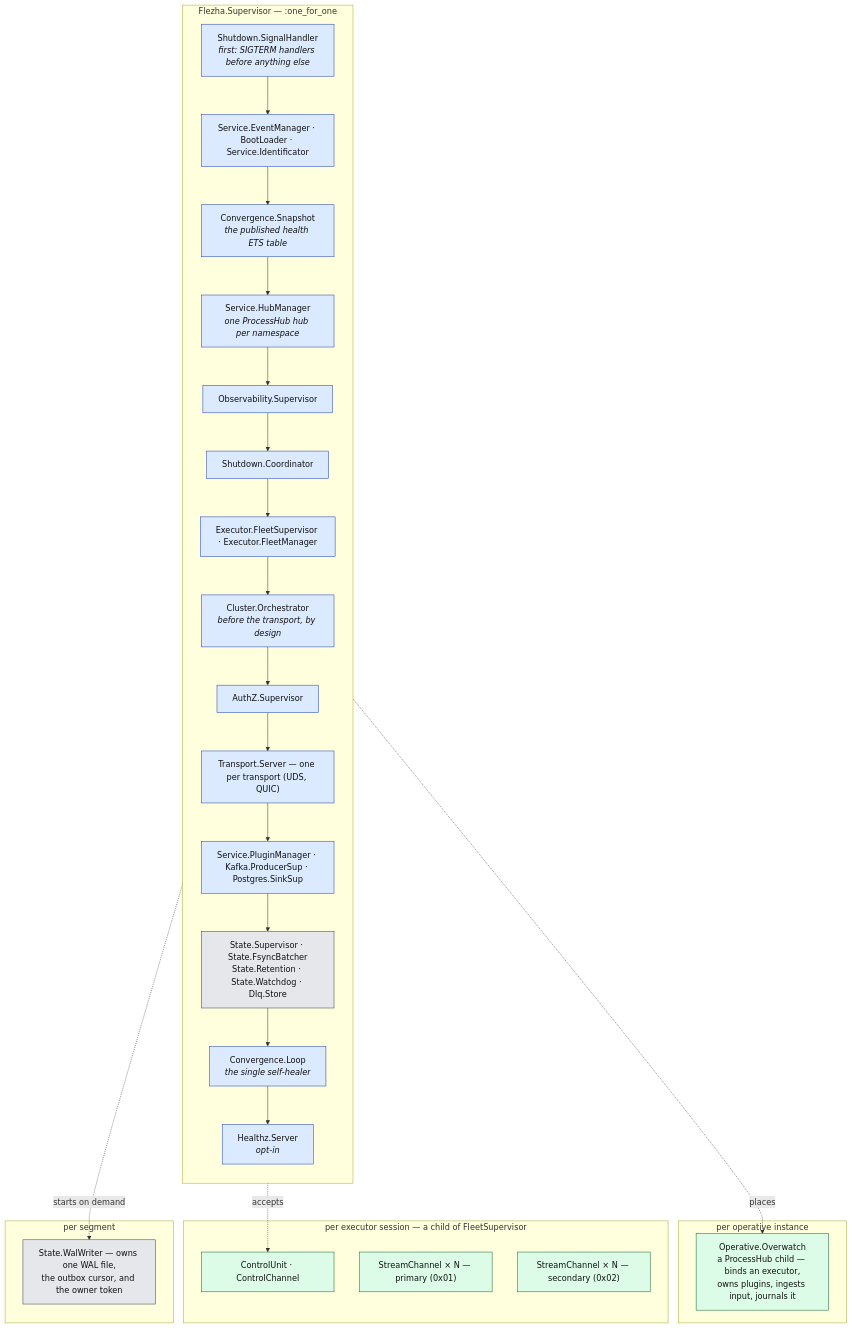
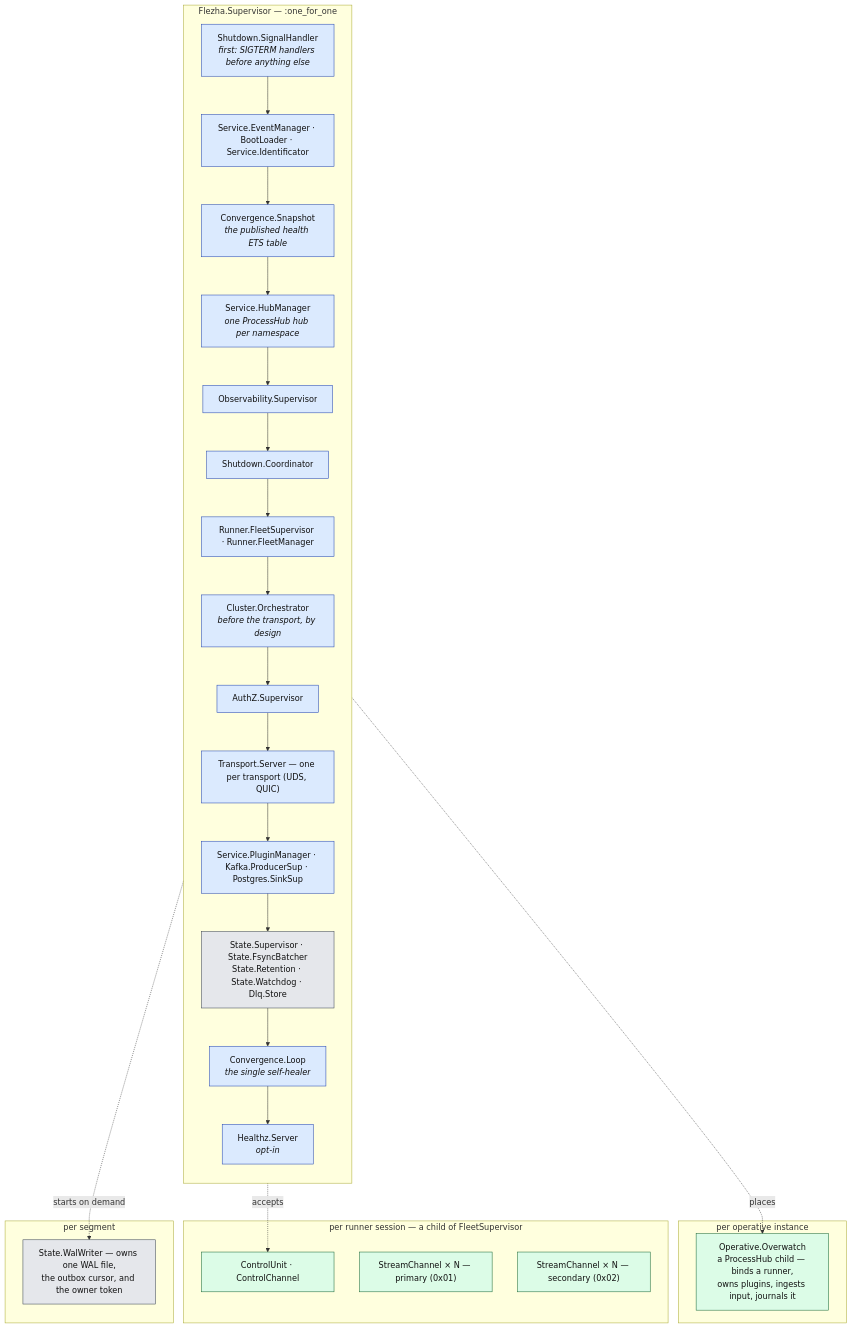
One commit to Flezha/flezha changed the fourth of 7 diagrams in docs/architecture/README.md. Above: the diagram before and after it, drawn with Mermaid. The commit also changed other lines of this file and 535 other files, not shown here.

````diff
--- a/docs/architecture/README.md
+++ b/docs/architecture/README.md
@@ -244,41 +244,41 @@
 ```mermaid
 flowchart TB
     subgraph APP["Flezha.Supervisor — :one_for_one"]
         direction TB
         A1["Shutdown.SignalHandler<br/><i>first: SIGTERM handlers before anything else</i>"]:::ctrl
         A2["Service.EventManager · BootLoader · Service.Identificator"]:::ctrl
         A3["Convergence.Snapshot<br/><i>the published health ETS table</i>"]:::ctrl
         A4["Service.HubManager<br/><i>one ProcessHub hub per namespace</i>"]:::ctrl
         A5["Observability.Supervisor"]:::ctrl
         A6["Shutdown.Coordinator"]:::ctrl
-        A7["Executor.FleetSupervisor · Executor.FleetManager"]:::ctrl
+        A7["Runner.FleetSupervisor · Runner.FleetManager"]:::ctrl
         A8["Cluster.Orchestrator<br/><i>before the transport, by design</i>"]:::ctrl
         A9["AuthZ.Supervisor"]:::ctrl
         A10["Transport.Server — one per transport (UDS, QUIC)"]:::ctrl
         A11["Service.PluginManager · Kafka.ProducerSup · Postgres.SinkSup"]:::ctrl
         A12["State.Supervisor · State.FsyncBatcher<br/>State.Retention · State.Watchdog · Dlq.Store"]:::store
         A13["Convergence.Loop<br/><i>the single self-healer</i>"]:::ctrl
         A14["Healthz.Server<br/><i>opt-in</i>"]:::ctrl
         A1 --> A2 --> A3 --> A4 --> A5 --> A6 --> A7 --> A8 --> A9 --> A10 --> A11 --> A12 --> A13 --> A14
     end
 
     subgraph PEROP["per operative instance"]
-        OW["Operative.Overwatch<br/>a ProcessHub child — binds an executor,<br/>owns plugins, ingests input, journals it"]:::exec
+        OW["Operative.Overwatch<br/>a ProcessHub child — binds a runner,<br/>owns plugins, ingests input, journals it"]:::exec
     end
-    subgraph PEREX["per executor session — a child of FleetSupervisor"]
+    subgraph PEREX["per runner session — a child of FleetSupervisor"]
         EX1["ControlUnit · ControlChannel"]:::exec
         EX2["StreamChannel × N — primary (0x01)"]:::exec
         EX3["StreamChannel × N — secondary (0x02)"]:::exec
     end
     subgraph PERSEG["per segment"]
         WW["State.WalWriter — owns one WAL file,<br/>the outbox cursor, and the owner token"]:::store
     end
 
     A4 -.->|"places"| OW
     A7 -.->|"accepts"| EX1
     A12 -.->|"starts on demand"| WW
 
     classDef ctrl fill:#dbeafe,stroke:#1e40af,color:#111
     classDef exec fill:#dcfce7,stroke:#166534,color:#111
     classDef store fill:#e5e7eb,stroke:#374151,color:#111
 ```
````
